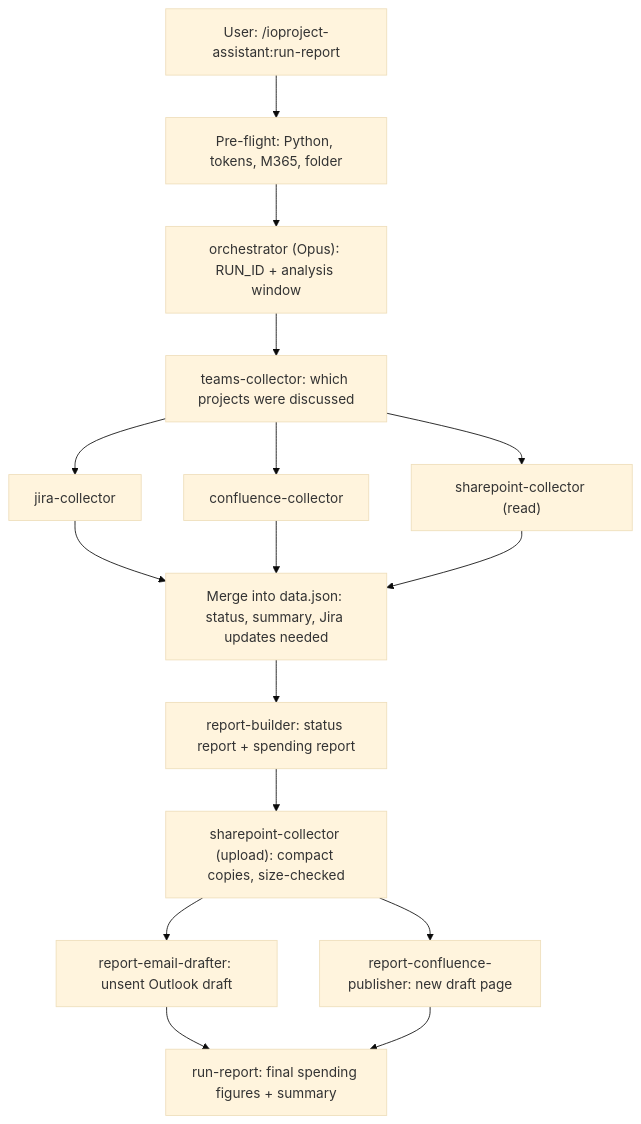
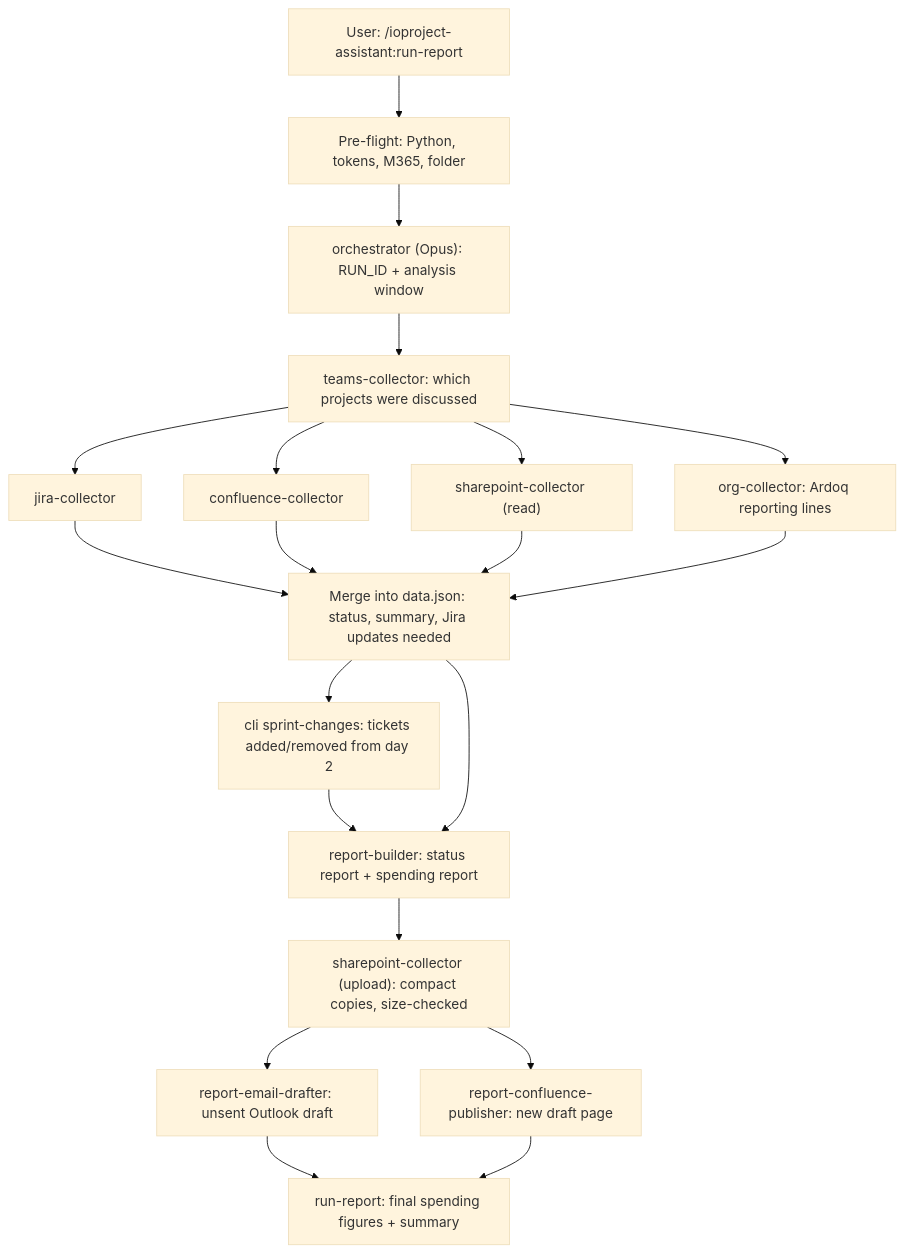
One commit to ig-kul-sec/ioproject-assistant changed the diagram in docs/PLUGIN_GUIDE.md. Above: the diagram before and after it, drawn with Mermaid (base theme). The commit also changed other lines of this file and 10 other files, not shown here.

````diff
--- a/docs/PLUGIN_GUIDE.md
+++ b/docs/PLUGIN_GUIDE.md
@@ -347,18 +348,22 @@
 ```mermaid
 flowchart TD
     U["User: /ioproject-assistant:run-report"] --> PF["Pre-flight: Python, tokens, M365, folder"]
     PF --> O["orchestrator (Opus): RUN_ID + analysis window"]
     O --> T["teams-collector: which projects were discussed"]
     T --> J["jira-collector"]
     T --> C["confluence-collector"]
     T --> S["sharepoint-collector (read)"]
+    T --> OC["org-collector: Ardoq reporting lines"]
     J --> M["Merge into data.json: status, summary, Jira updates needed"]
     C --> M
     S --> M
+    OC --> M
+    M --> SC["cli sprint-changes: tickets added/removed from day 2"]
+    SC --> RB
     M --> RB["report-builder: status report + spending report"]
     RB --> UP["sharepoint-collector (upload): compact copies, size-checked"]
     UP --> E["report-email-drafter: unsent Outlook draft"]
     UP --> CF["report-confluence-publisher: new draft page"]
     E --> F["run-report: final spending figures + summary"]
     CF --> F
 ```
````
